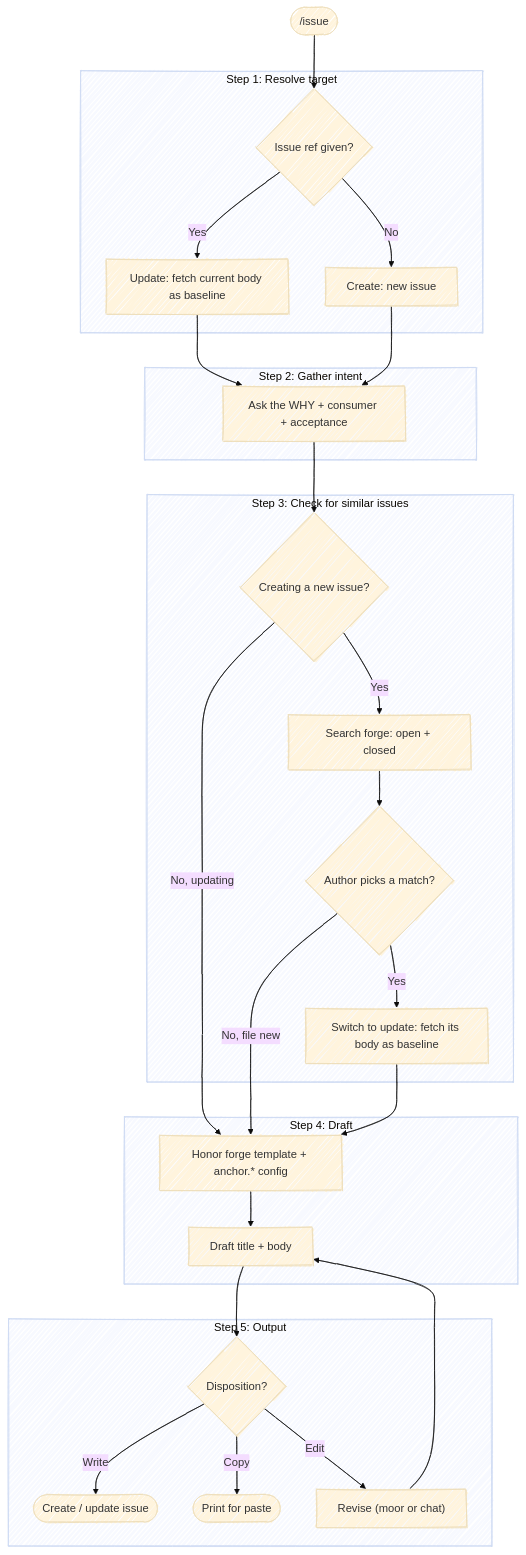
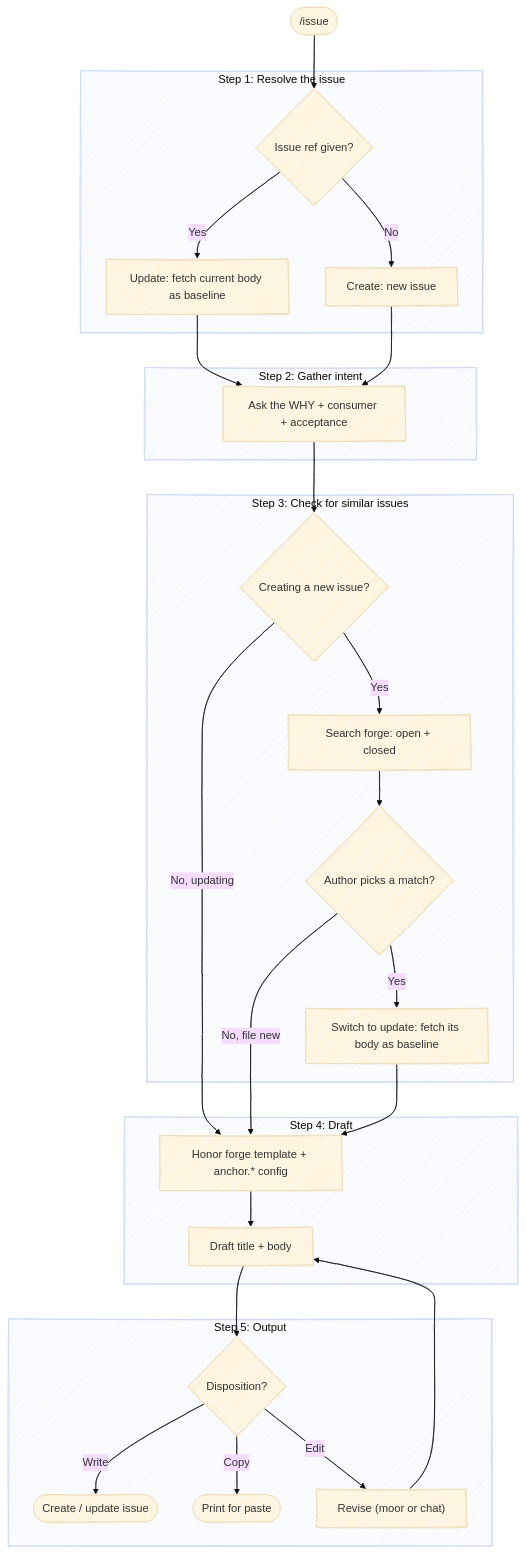
The diagram in skills/issue/SKILL.md (chris-peterson/anchor), drawn with Mermaid (base theme) before and after one commit. The commit also changed other lines of this file and 5 other files, not shown here.

````diff
--- a/skills/issue/SKILL.md
+++ b/skills/issue/SKILL.md
@@ -14,38 +14,38 @@
 ```mermaid
 %%{ init: { 'look': 'handDrawn' } }%%
 flowchart TD
     Start(["/issue"]) --> Mode{Issue ref given?}
 
-    subgraph "Step 1: Resolve target"
+    subgraph "Step 1: Resolve the issue"
         Mode -->|Yes| Update["Update: fetch current body as baseline"]
         Mode -->|No| Create["Create: new issue"]
     end
 
     subgraph "Step 2: Gather intent"
         Update --> Why["Ask the WHY + consumer + acceptance"]
         Create --> Why
     end
 
     subgraph "Step 3: Check for similar issues"
         Why --> FromCreate{Creating a new issue?}
         FromCreate -->|Yes| Search["Search forge: open + closed"]
         Search --> Match{Author picks a match?}
         Match -->|Yes| Reuse["Switch to update: fetch its body as baseline"]
     end
 
     subgraph "Step 4: Draft"
         Tmpl["Honor forge template + anchor.* config"]
         Tmpl --> Draft["Draft title + body"]
     end
 
     FromCreate -->|No, updating| Tmpl
     Match -->|No, file new| Tmpl
     Reuse --> Tmpl
 
     subgraph "Step 5: Output"
         Draft --> Out{Disposition?}
         Out -->|Write| Forge(["Create / update issue"])
         Out -->|Copy| CopyOnly(["Print for paste"])
         Out -->|Edit| Revise["Revise (moor or chat)"] --> Draft
     end
 ```
````
